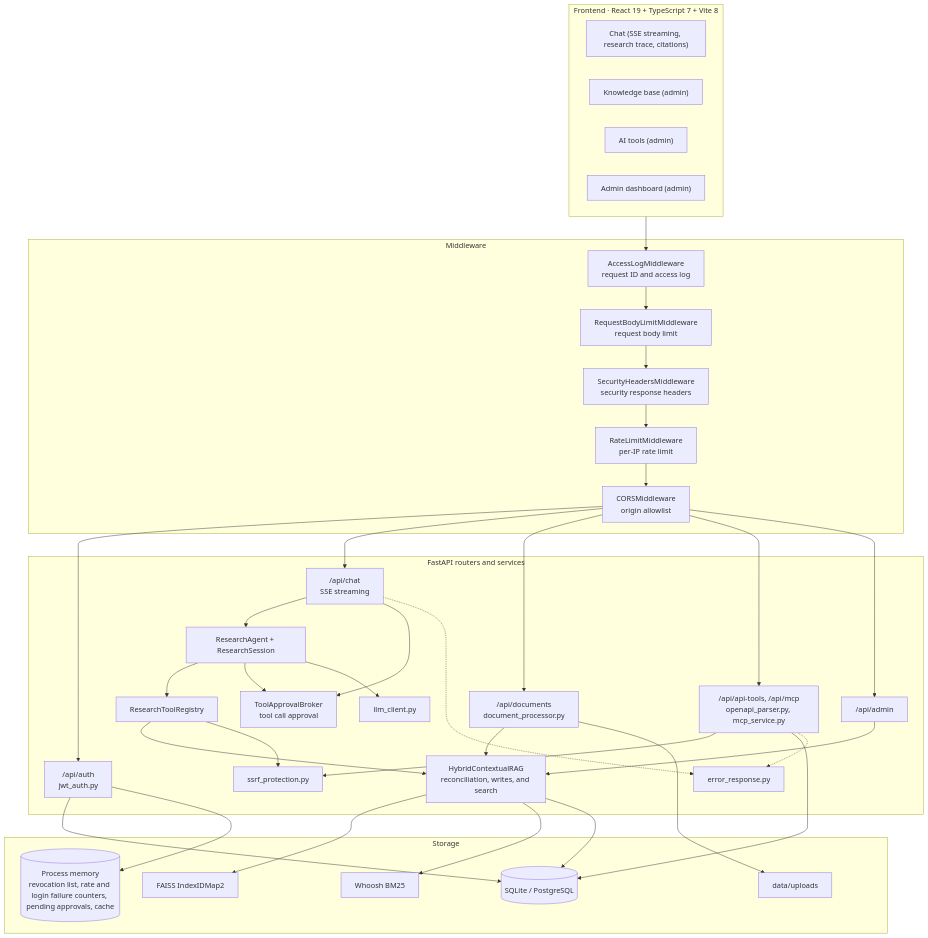
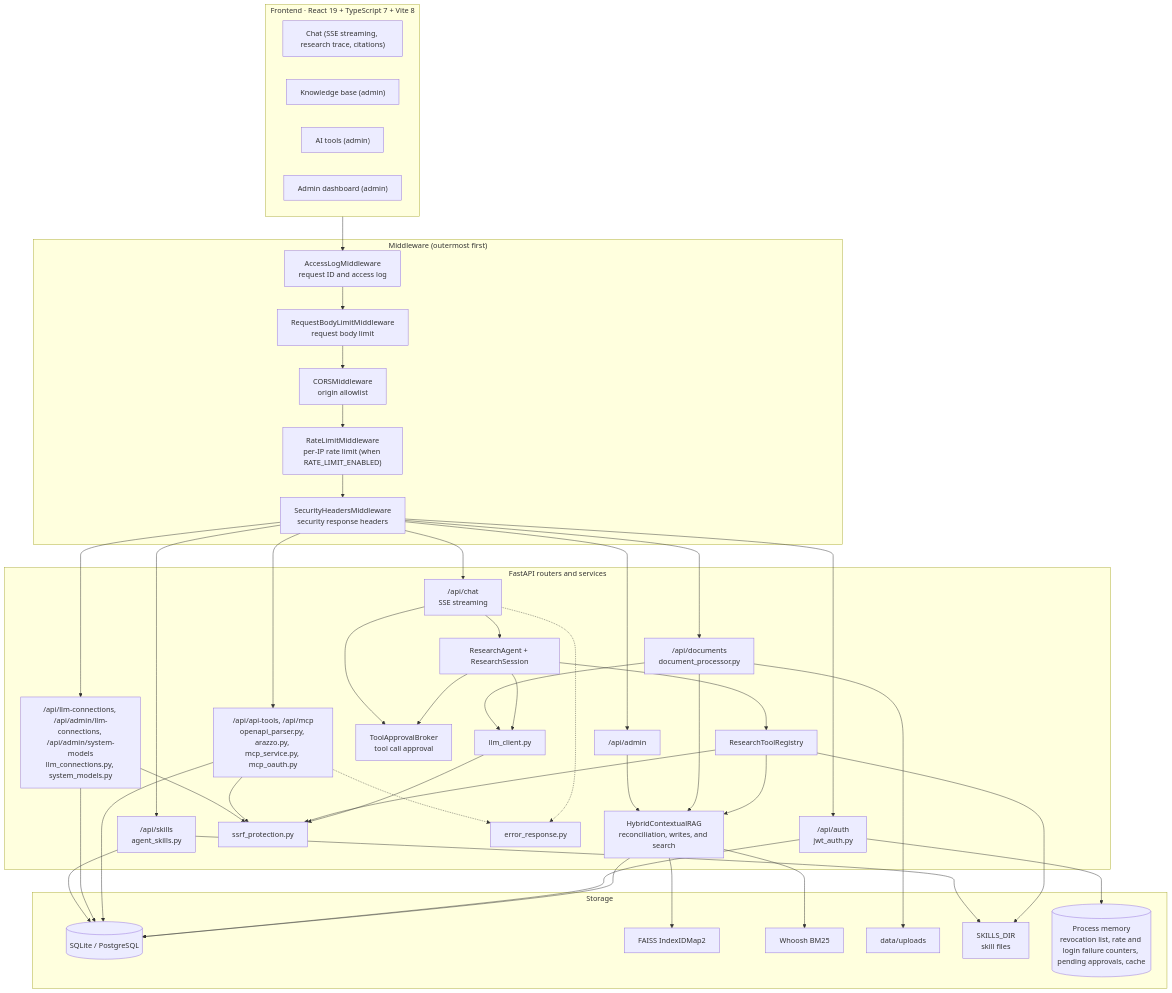
One commit to Scorpio-meow/AskMiao changed the first of 9 diagrams in docs/architecture_en.md. Above: the diagram before and after it, drawn with Mermaid. The commit also changed other lines of this file and 336 other files, not shown here.

````diff
--- a/docs/architecture_en.md
+++ b/docs/architecture_en.md
@@ -30,60 +30,70 @@
 ```mermaid
 flowchart TB
     subgraph Client ["Frontend · React 19 + TypeScript 7 + Vite 8"]
         ChatUI["Chat (SSE streaming, research trace, citations)"]
         DocsUI["Knowledge base (admin)"]
         ToolsUI["AI tools (admin)"]
         AdminUI["Admin dashboard (admin)"]
     end
 
-    subgraph Gateway ["Middleware"]
+    subgraph Gateway ["Middleware (outermost first)"]
         AccessLog["AccessLogMiddleware<br/>request ID and access log"]
         BodyLimit["RequestBodyLimitMiddleware<br/>request body limit"]
+        CORS["CORSMiddleware<br/>origin allowlist"]
+        RateLimit["RateLimitMiddleware<br/>per-IP rate limit (when RATE_LIMIT_ENABLED)"]
         SecHeaders["SecurityHeadersMiddleware<br/>security response headers"]
-        RateLimit["RateLimitMiddleware<br/>per-IP rate limit"]
-        CORS["CORSMiddleware<br/>origin allowlist"]
     end
 
     subgraph Backend ["FastAPI routers and services"]
         AuthAPI["/api/auth<br/>jwt_auth.py"]
         ChatAPI["/api/chat<br/>SSE streaming"]
         DocAPI["/api/documents<br/>document_processor.py"]
-        ToolAPI["/api/api-tools, /api/mcp<br/>openapi_parser.py, mcp_service.py"]
+        ToolAPI["/api/api-tools, /api/mcp<br/>openapi_parser.py, arazzo.py, mcp_service.py, mcp_oauth.py"]
         AdminAPI["/api/admin"]
+        LlmConnAPI["/api/llm-connections, /api/admin/llm-connections, /api/admin/system-models<br/>llm_connections.py, system_models.py"]
+        SkillAPI["/api/skills<br/>agent_skills.py"]
         RAG["HybridContextualRAG<br/>reconciliation, writes, and search"]
         Agent["ResearchAgent + ResearchSession"]
         Approval["ToolApprovalBroker<br/>tool call approval"]
         Registry["ResearchToolRegistry"]
         LLM["llm_client.py"]
         SSRF["ssrf_protection.py"]
         Err["error_response.py"]
     end
 
     subgraph Storage ["Storage"]
         DB[("SQLite / PostgreSQL")]
         FAISS["FAISS IndexIDMap2"]
         BM25["Whoosh BM25"]
         Files["data/uploads"]
+        Skills["SKILLS_DIR<br/>skill files"]
         Mem[("Process memory<br/>revocation list, rate and login failure counters, pending approvals, cache")]
     end
 
-    Client --> AccessLog --> BodyLimit --> SecHeaders --> RateLimit --> CORS
-    CORS --> AuthAPI & ChatAPI & DocAPI & ToolAPI & AdminAPI
+    Client --> AccessLog --> BodyLimit --> CORS --> RateLimit --> SecHeaders
+    SecHeaders --> AuthAPI & ChatAPI & DocAPI & ToolAPI & AdminAPI & LlmConnAPI & SkillAPI
     ChatAPI --> Agent --> Registry
     Agent --> Approval
     ChatAPI --> Approval
     Agent --> LLM
+    DocAPI --> LLM
+    LLM --> SSRF
     Registry --> RAG
     Registry --> SSRF
+    Registry --> Skills
     ToolAPI --> SSRF
+    LlmConnAPI --> SSRF
     DocAPI --> RAG
     AdminAPI --> RAG
     RAG --> FAISS & BM25
     RAG --> DB
     DocAPI --> Files
     AuthAPI --> DB
     AuthAPI --> Mem
     ToolAPI --> DB
+    LlmConnAPI --> DB
+    SkillAPI --> DB
+    SkillAPI --> Skills
     ChatAPI -.-> Err
     ToolAPI -.-> Err
 ```
````
